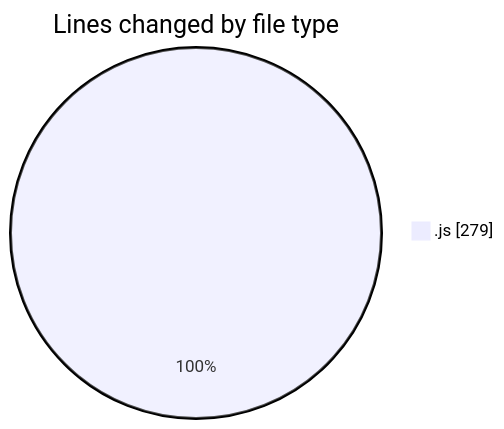
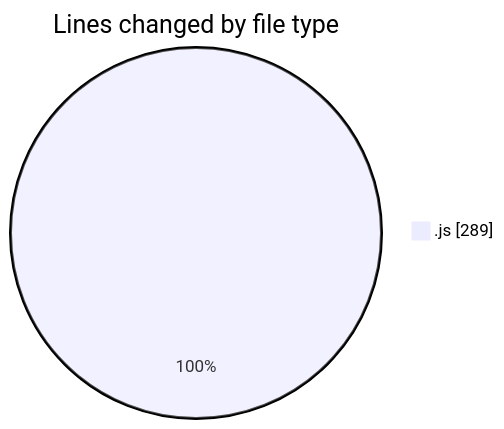
The first of 2 diagrams in 2025-08-09/javascript/README.md (Ritupan-Deka/code-tracking), drawn with Mermaid before and after one commit. The commit also changed other lines of this file and 1 other file, not shown here.

````diff
--- a/2025-08-09/javascript/README.md
+++ b/2025-08-09/javascript/README.md
@@ -20,5 +20,5 @@
 ```mermaid
 pie showData
 title Lines changed by file type
-".js" : 279
+".js" : 289
 ```
````
